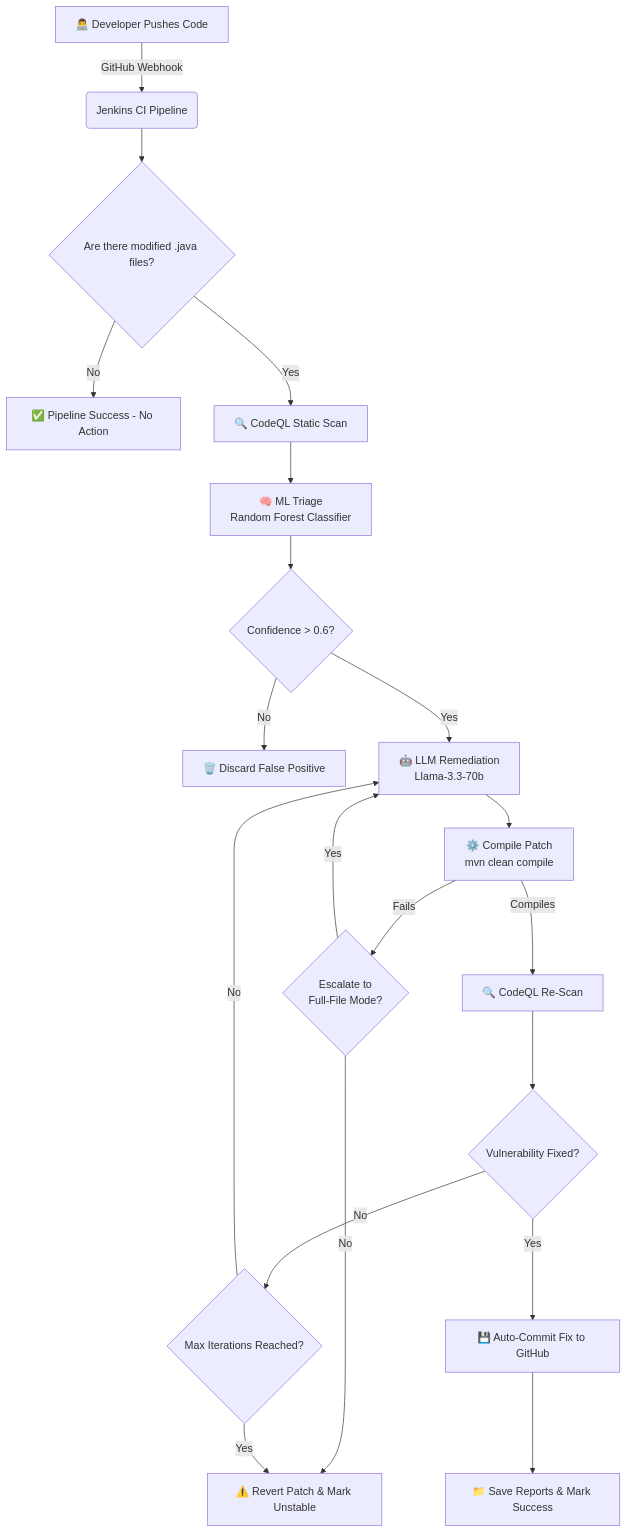
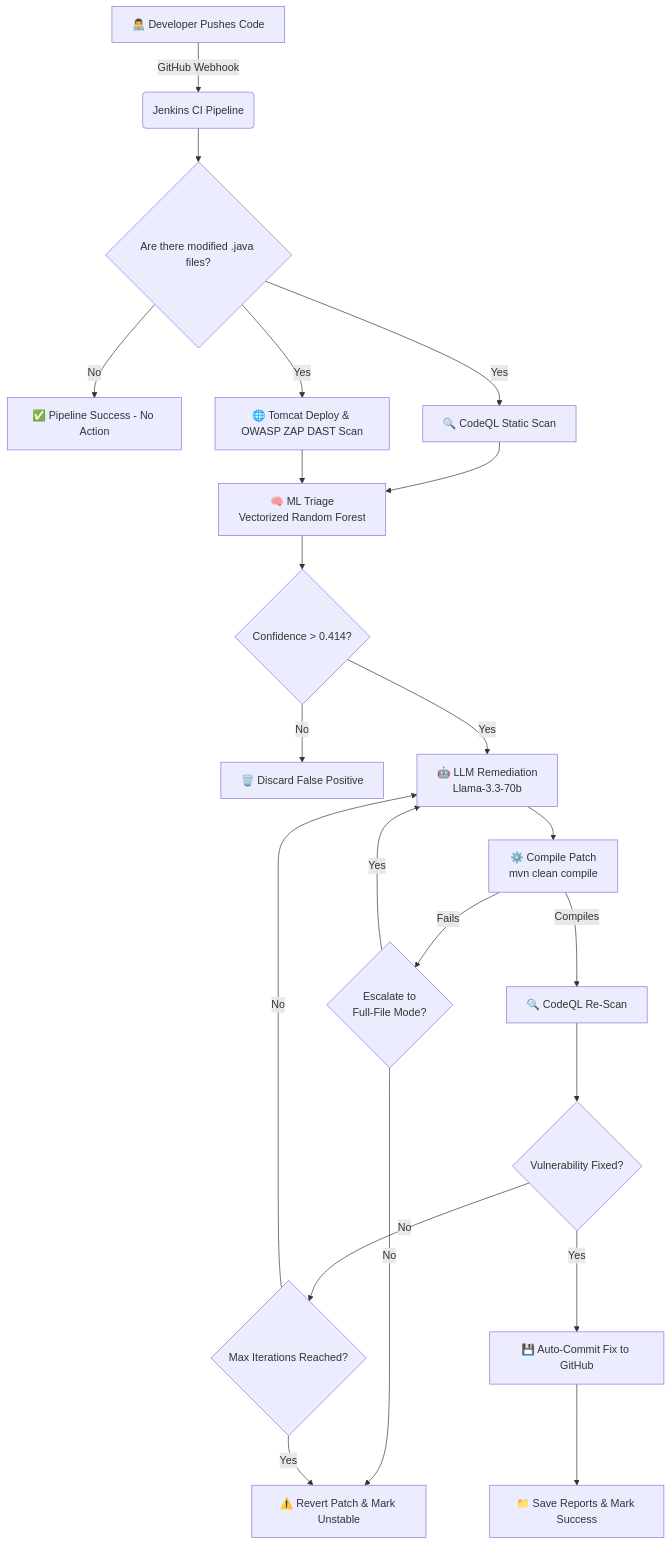
One commit to Buddha-11/sem6-project changed the diagram in README.md. Above: the diagram before and after it, drawn with Mermaid. The commit also changed other lines of this file, not shown here.

````diff
--- a/README.md
+++ b/README.md
@@ -49,26 +54,29 @@
 ```mermaid
 graph TD
     A[👨‍💻 Developer Pushes Code] -->|GitHub Webhook| B(Jenkins CI Pipeline)
     B --> C{Are there modified .java files?}
     C -- No --> D[✅ Pipeline Success - No Action]
     C -- Yes --> E[🔍 CodeQL Static Scan]
+    C -- Yes --> E2[🌐 Tomcat Deploy & OWASP ZAP DAST Scan]
     
-    E --> F[🧠 ML Triage <br/> Random Forest Classifier]
-    F --> G{Confidence > 0.6?}
+    E --> F[🧠 ML Triage <br/> Vectorized Random Forest]
+    E2 --> F
+    
+    F --> G{Confidence > 0.414?}
     G -- No --> H[🗑️ Discard False Positive]
     G -- Yes --> I[🤖 LLM Remediation <br/> Llama-3.3-70b]
     
     I --> J[⚙️ Compile Patch <br/> mvn clean compile]
     J -- Fails --> K{Escalate to <br/> Full-File Mode?}
     K -- Yes --> I
     K -- No --> L[⚠️ Revert Patch & Mark Unstable]
     
     J -- Compiles --> M[🔍 CodeQL Re-Scan]
     M --> N{Vulnerability Fixed?}
     N -- No --> O{Max Iterations Reached?}
     O -- No --> I
     O -- Yes --> L
     
     N -- Yes --> P[💾 Auto-Commit Fix to GitHub]
     P --> Q[📁 Save Reports & Mark Success]
 ```
````
